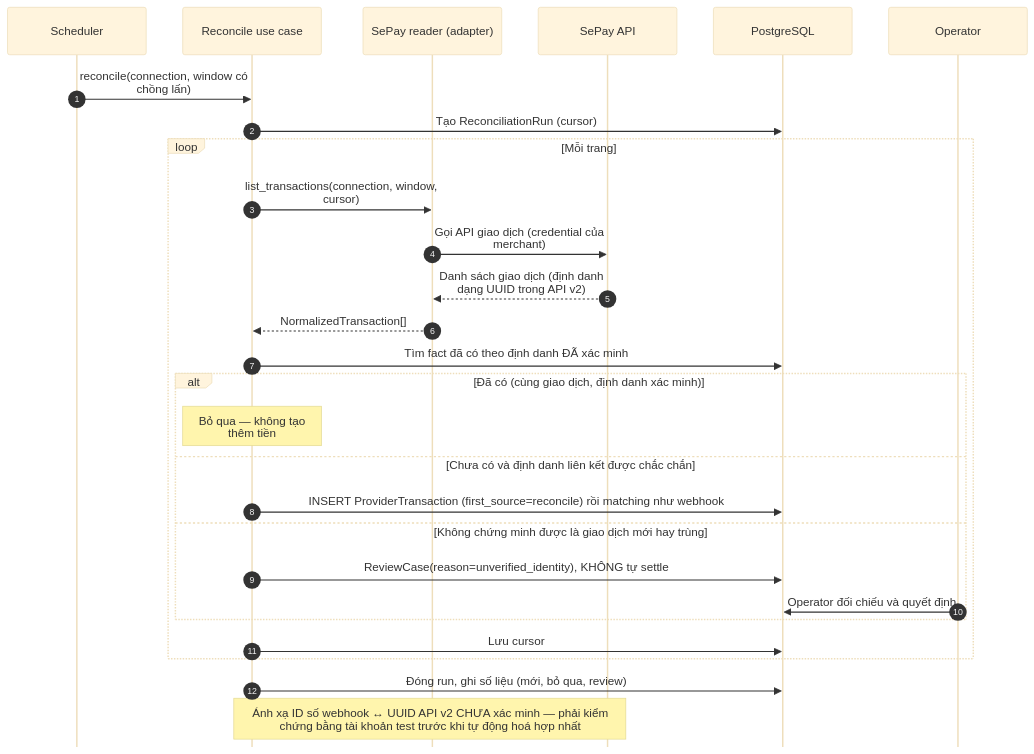
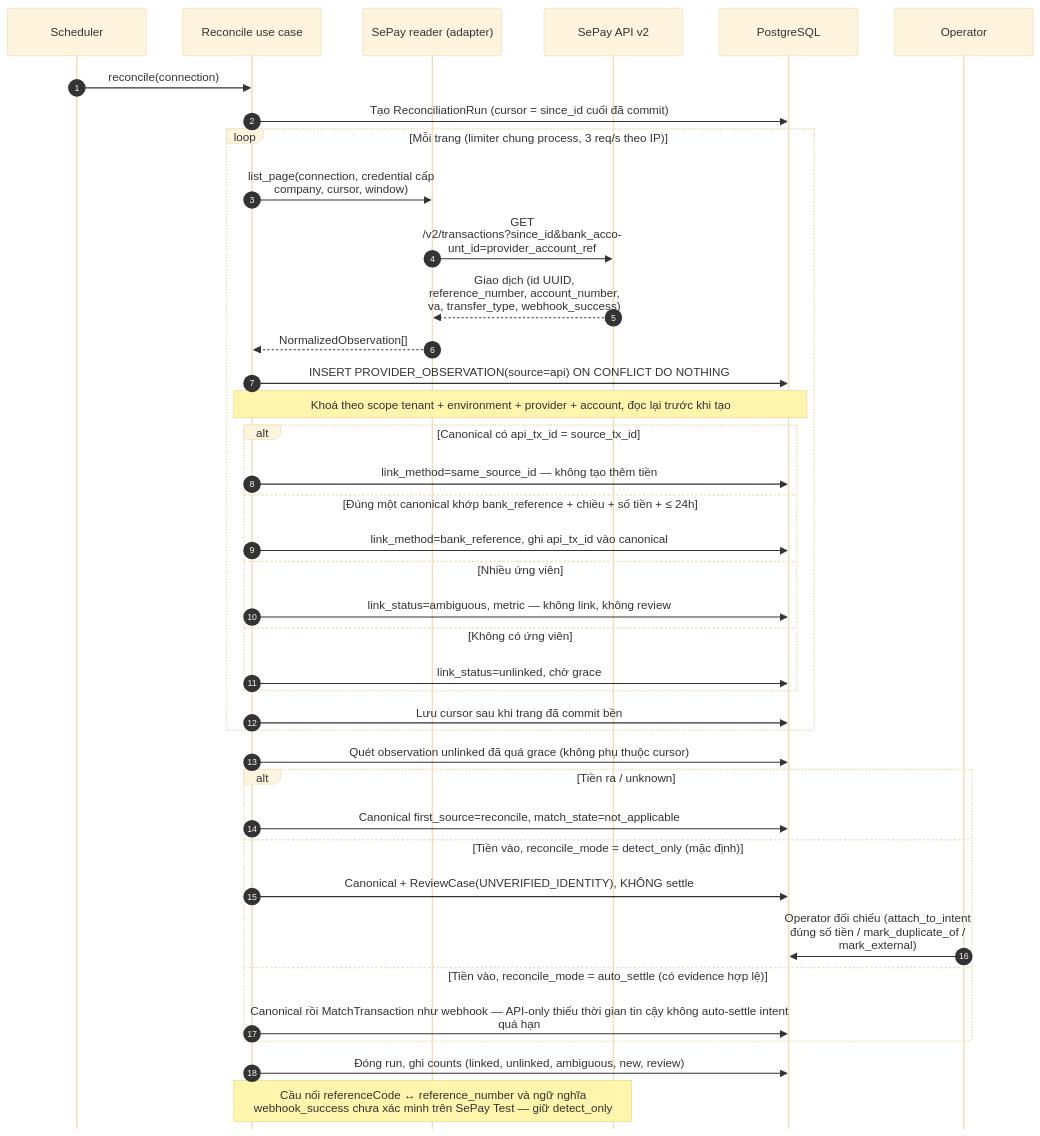
One commit to phanhaitrieu37/payment-modules changed the diagram in diagrams/08-sequence-reconcile.md. Above: the diagram before and after it, drawn with Mermaid. The commit also changed other lines of this file and 19 other files, not shown here.

First line of the commit message:
docs: reconcile design with accepted observation and binding model

````diff
--- a/diagrams/08-sequence-reconcile.md
+++ b/diagrams/08-sequence-reconcile.md
@@ -12,45 +16,56 @@
 ```mermaid
 ---
 config:
   theme: base
   fontFamily: Arial, Helvetica, sans-serif
   sequence:
     wrap: true
     width: 190
     messageFontSize: 15
     noteFontSize: 14
     actorFontSize: 15
     mirrorActors: false
     showSequenceNumbers: true
   themeVariables:
     fontFamily: "Arial, Helvetica, sans-serif"
 ---
 sequenceDiagram
   autonumber
   participant J as Scheduler
   participant RC as Reconcile use case
   participant TR as SePay reader (adapter)
-  participant S as SePay API
+  participant S as SePay API v2
   participant DB as PostgreSQL
   participant O as Operator
-  J->>RC: reconcile(connection, window có chồng lấn)
-  RC->>DB: Tạo ReconciliationRun (cursor)
-  loop Mỗi trang
-    RC->>TR: list_transactions(connection, window, cursor)
-    TR->>S: Gọi API giao dịch (credential của merchant)
-    S-->>TR: Danh sách giao dịch (định danh dạng UUID trong API v2)
-    TR-->>RC: NormalizedTransaction[]
-    RC->>DB: Tìm fact đã có theo định danh ĐÃ xác minh
-    alt Đã có (cùng giao dịch, định danh xác minh)
-      Note over RC: Bỏ qua — không tạo thêm tiền
-    else Chưa có và định danh liên kết được chắc chắn
-      RC->>DB: INSERT ProviderTransaction (first_source=reconcile) rồi matching như webhook
-    else Không chứng minh được là giao dịch mới hay trùng
-      RC->>DB: ReviewCase(reason=unverified_identity), KHÔNG tự settle
-      O->>DB: Operator đối chiếu và quyết định
+  J->>RC: reconcile(connection)
+  RC->>DB: Tạo ReconciliationRun (cursor = since_id cuối đã commit)
+  loop Mỗi trang (limiter chung process, 3 req/s theo IP)
+    RC->>TR: list_page(connection, credential cấp company, cursor, window)
+    TR->>S: GET /v2/transactions?since_id&bank_account_id=provider_account_ref
+    S-->>TR: Giao dịch (id UUID, reference_number, account_number, va, transfer_type, webhook_success)
+    TR-->>RC: NormalizedObservation[]
+    RC->>DB: INSERT PROVIDER_OBSERVATION(source=api) ON CONFLICT DO NOTHING
+    Note over RC,DB: Khoá theo scope tenant + environment + provider + account, đọc lại trước khi tạo
+    alt Canonical có api_tx_id = source_tx_id
+      RC->>DB: link_method=same_source_id — không tạo thêm tiền
+    else Đúng một canonical khớp bank_reference + chiều + số tiền + ≤ 24h
+      RC->>DB: link_method=bank_reference, ghi api_tx_id vào canonical
+    else Nhiều ứng viên
+      RC->>DB: link_status=ambiguous, metric — không link, không review
+    else Không có ứng viên
+      RC->>DB: link_status=unlinked, chờ grace
     end
-    RC->>DB: Lưu cursor
+    RC->>DB: Lưu cursor sau khi trang đã commit bền
   end
-  RC->>DB: Đóng run, ghi số liệu (mới, bỏ qua, review)
-  Note over RC,S: Ánh xạ ID số webhook ↔ UUID API v2 CHƯA xác minh — phải kiểm chứng bằng tài khoản test trước khi tự động hoá hợp nhất
+  RC->>DB: Quét observation unlinked đã quá grace (không phụ thuộc cursor)
+  alt Tiền ra / unknown
+    RC->>DB: Canonical first_source=reconcile, match_state=not_applicable
+  else Tiền vào, reconcile_mode = detect_only (mặc định)
+    RC->>DB: Canonical + ReviewCase(UNVERIFIED_IDENTITY), KHÔNG settle
+    O->>DB: Operator đối chiếu (attach_to_intent đúng số tiền / mark_duplicate_of / mark_external)
+  else Tiền vào, reconcile_mode = auto_settle (có evidence hợp lệ)
+    RC->>DB: Canonical rồi MatchTransaction như webhook — API-only thiếu thời gian tin cậy không auto-settle intent quá hạn
+  end
+  RC->>DB: Đóng run, ghi counts (linked, unlinked, ambiguous, new, review)
+  Note over RC,S: Cầu nối referenceCode ↔ reference_number và ngữ nghĩa webhook_success chưa xác minh trên SePay Test — giữ detect_only
 ```
````
